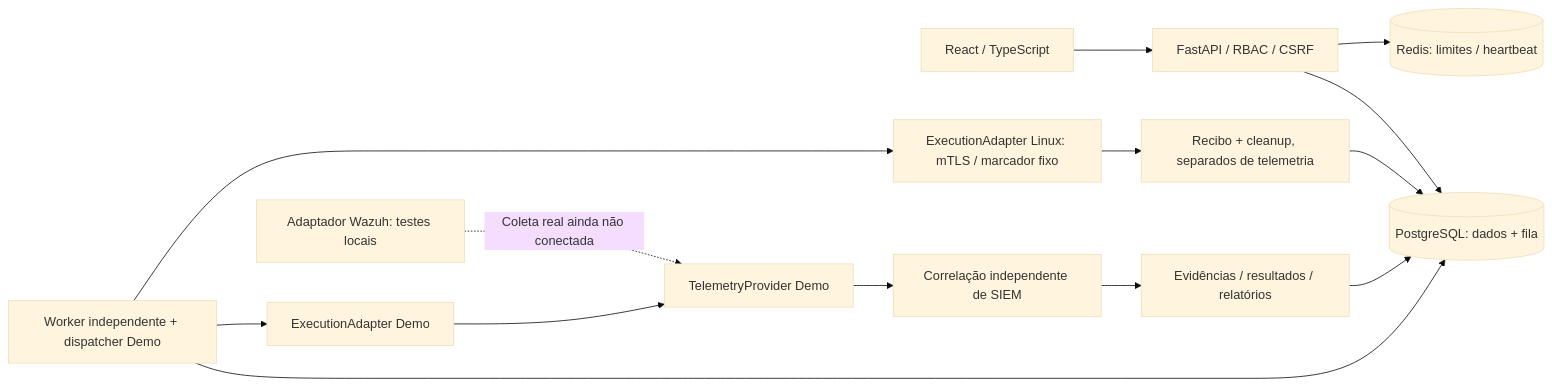
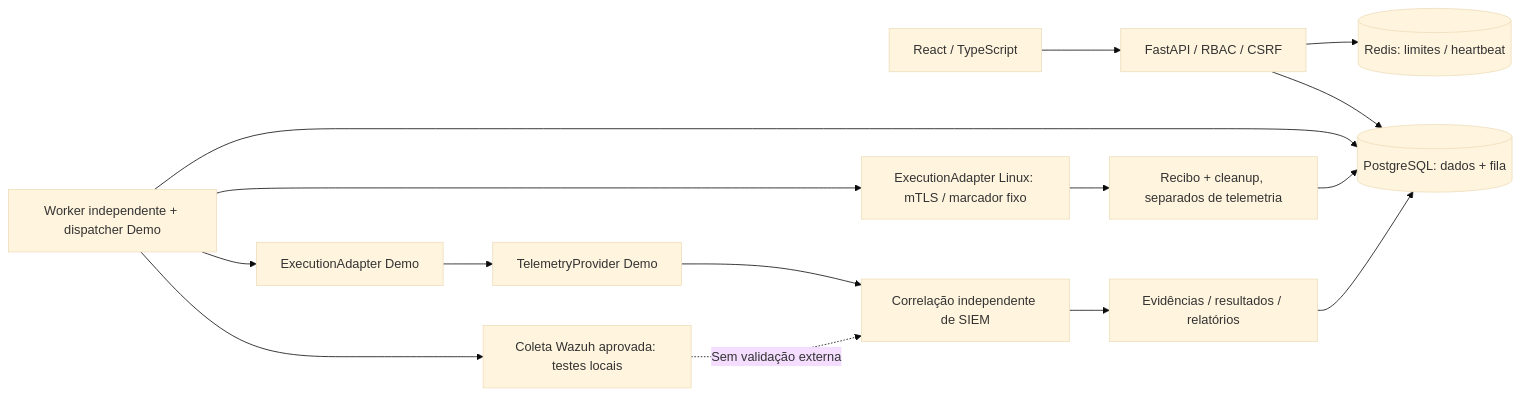
The diagram in README.md (Buraddomoon/AEGIS), drawn with Mermaid (base theme) before and after one commit. The commit also changed other lines of this file and 8 other files, not shown here.

Commit message:
docs(product): present prepared Wazuh collection with real disconnected-state screenshot

````diff
--- a/README.md
+++ b/README.md
@@ -85,16 +93,17 @@
 ```mermaid
 flowchart LR
   Browser[React / TypeScript] --> API[FastAPI / RBAC / CSRF]
   API --> DB[(PostgreSQL: dados + fila)]
   API --> Redis[(Redis: limites / heartbeat)]
   Worker[Worker independente + dispatcher Demo] --> DB
   Worker --> Demo[ExecutionAdapter Demo]
   Worker --> Linux[ExecutionAdapter Linux: mTLS / marcador fixo]
   Linux --> Receipts[Recibo + cleanup, separados de telemetria]
   Receipts --> DB
   Demo --> Telemetry[TelemetryProvider Demo]
   Telemetry --> Validate[Correlação independente de SIEM]
   Validate --> Evidence[Evidências / resultados / relatórios]
   Evidence --> DB
-  Wazuh[Adaptador Wazuh: testes locais] -. Coleta real ainda não conectada .-> Telemetry
+  Worker --> Wazuh[Coleta Wazuh aprovada: testes locais]
+  Wazuh -. Sem validação externa .-> Validate
 ```
````
